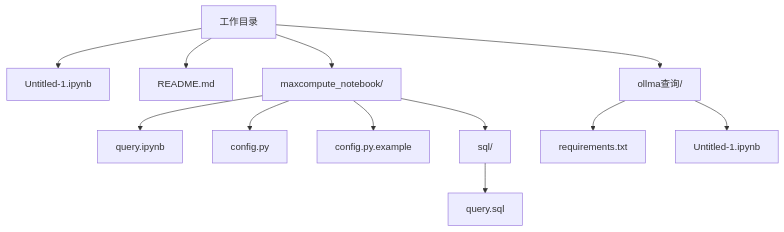
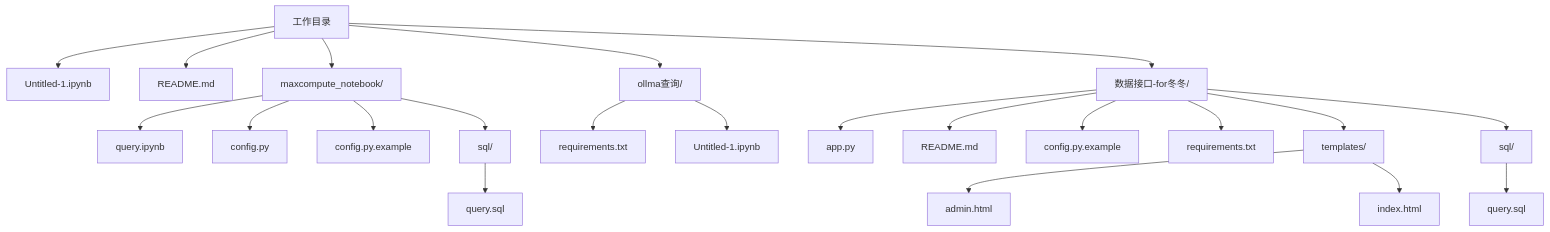
The first of 3 diagrams in .qoder/repowiki/zh/content/快速开始.md (sd99886/test), drawn with Mermaid before and after one commit. The commit also changed other lines of this file and 33 other files, not shown here.

Commit message:
chore: 项目结构调整与文档更新 - 新增飞书API客户端、决策评估表、衡石自定义图表模块 - 移除数据分析-for内部、ollma查询等废弃模块 - 更新repowiki文档结构 - 更新maxcompute_notebook SQL文件

````diff
--- a/.qoder/repowiki/zh/content/快速开始.md
+++ b/.qoder/repowiki/zh/content/快速开始.md
@@ -40,15 +58,25 @@
 ```mermaid
 graph TB
 root["工作目录"]
 root --> untitled["Untitled-1.ipynb"]
 root --> readme["README.md"]
 root --> nb["maxcompute_notebook/"]
 nb --> qipynb["query.ipynb"]
 nb --> cfgpy["config.py"]
 nb --> cfgexample["config.py.example"]
 nb --> sql["sql/"]
 sql --> querysql["query.sql"]
 root --> ollma["ollma查询/"]
 ollma --> reqtxt["requirements.txt"]
 ollma --> ollma_nb["Untitled-1.ipynb"]
+root --> api["数据接口-for冬冬/"]
+api --> apppy["app.py"]
+api --> apireadme["README.md"]
+api --> apiconfig["config.py.example"]
+api --> apireqs["requirements.txt"]
+api --> apitemplates["templates/"]
+api --> apisql["sql/"]
+apitemplates --> adminhtml["admin.html"]
+apitemplates --> indexhtml["index.html"]
+apisql --> apisqlfile["query.sql"]
 ```
````
